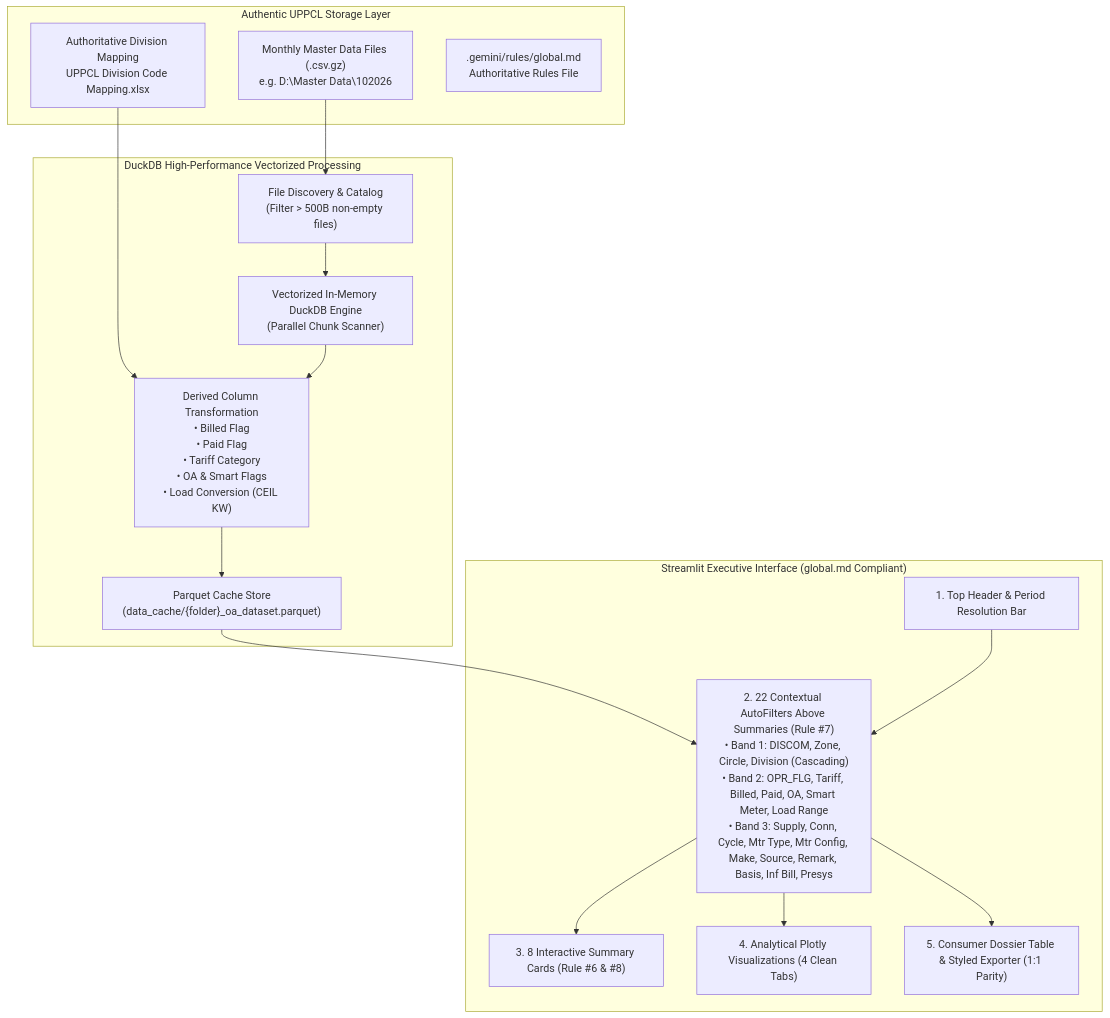
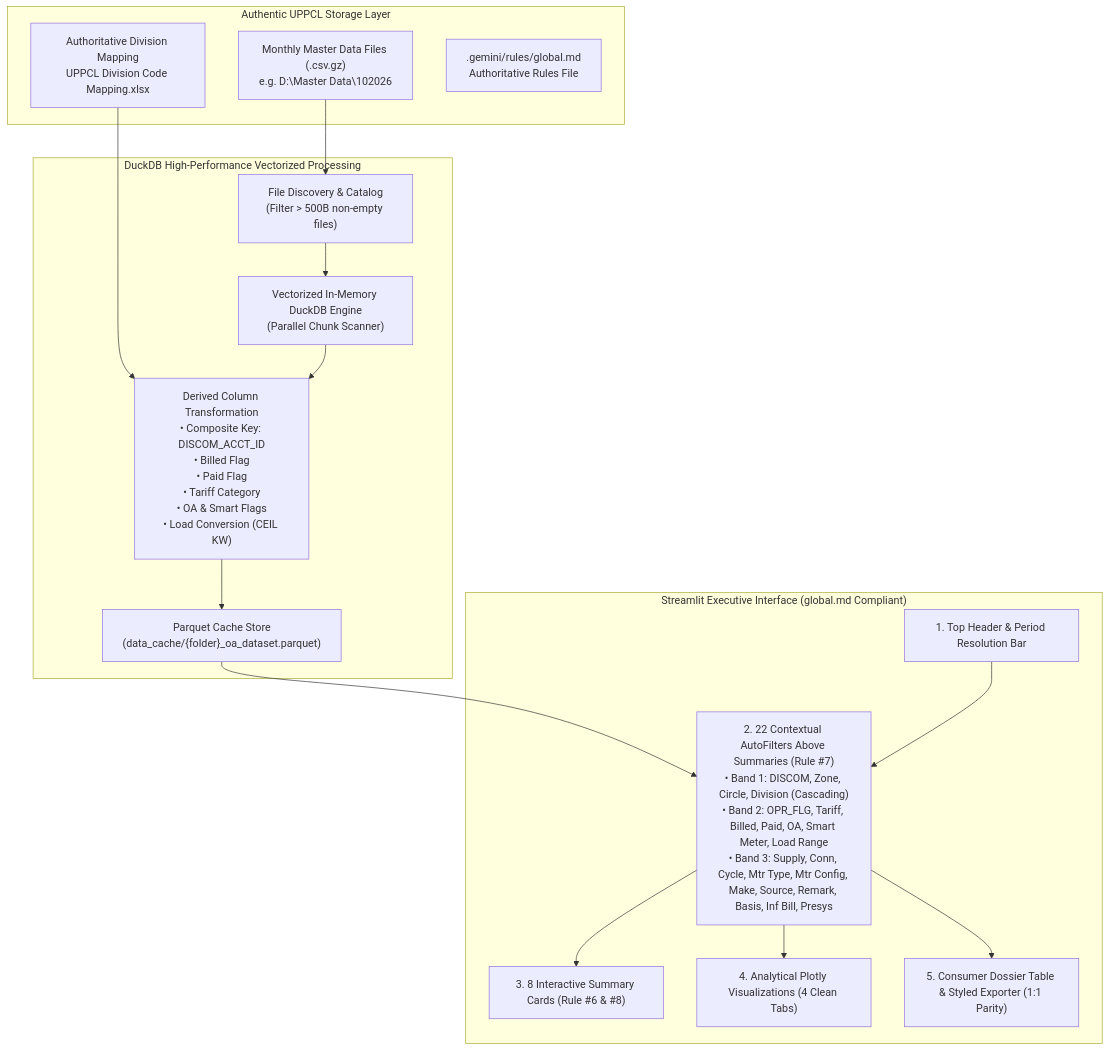
One commit to santosh-mvvnl/Open-Access changed the diagram in docs/TECHNICAL_DESIGN_AND_MANUAL.md. Above: the diagram before and after it, drawn with Mermaid. The commit also changed 4 other files, not shown here.

Commit message:
feat: Enforce DISCOM + ACCT_ID composite key for universal consumer uniqueness

````diff
--- a/docs/TECHNICAL_DESIGN_AND_MANUAL.md
+++ b/docs/TECHNICAL_DESIGN_AND_MANUAL.md
@@ -8,34 +8,34 @@
 ```mermaid
 graph TD
     subgraph Storage["Authentic UPPCL Storage Layer"]
         MD["Monthly Master Data Files (.csv.gz)<br>e.g. D:\Master Data\102026"]
         MAP["Authoritative Division Mapping<br>UPPCL Division Code Mapping.xlsx"]
         RULES[".gemini/rules/global.md<br>Authoritative Rules File"]
     end
 
     subgraph Engine["DuckDB High-Performance Vectorized Processing"]
         SCAN["File Discovery & Catalog<br>(Filter > 500B non-empty files)"]
         DUCK["Vectorized In-Memory DuckDB Engine<br>(Parallel Chunk Scanner)"]
-        ENRICH["Derived Column Transformation<br>• Billed Flag<br>• Paid Flag<br>• Tariff Category<br>• OA & Smart Flags<br>• Load Conversion (CEIL KW)"]
+        ENRICH["Derived Column Transformation<br>• Composite Key: DISCOM_ACCT_ID<br>• Billed Flag<br>• Paid Flag<br>• Tariff Category<br>• OA & Smart Flags<br>• Load Conversion (CEIL KW)"]
         CACHE["Parquet Cache Store<br>(data_cache/{folder}_oa_dataset.parquet)"]
     end
 
     subgraph UI["Streamlit Executive Interface (global.md Compliant)"]
         TOP["1. Top Header & Period Resolution Bar"]
         FILT["2. 22 Contextual AutoFilters Above Summaries (Rule #7)<br>• Band 1: DISCOM, Zone, Circle, Division (Cascading)<br>• Band 2: OPR_FLG, Tariff, Billed, Paid, OA, Smart Meter, Load Range<br>• Band 3: Supply, Conn, Cycle, Mtr Type, Mtr Config, Make, Source, Remark, Basis, Inf Bill, Presys"]
         KPI["3. 8 Interactive Summary Cards (Rule #6 & #8)"]
         CHART["4. Analytical Plotly Visualizations (4 Clean Tabs)"]
         TABLE["5. Consumer Dossier Table & Styled Exporter (1:1 Parity)"]
     end
 
     MD --> SCAN
     SCAN --> DUCK
     MAP --> ENRICH
     DUCK --> ENRICH
     ENRICH --> CACHE
     CACHE --> FILT
     FILT --> KPI
     FILT --> CHART
     FILT --> TABLE
     TOP --> FILT
 ```
````
